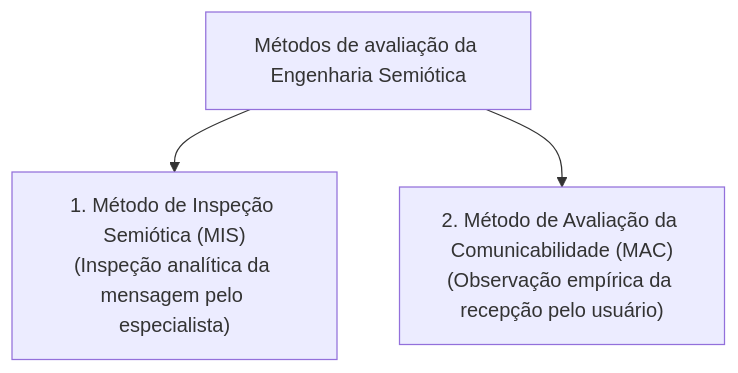
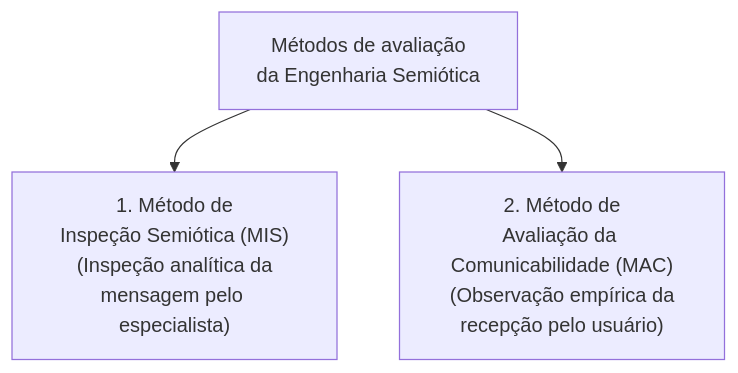
One commit to leorruas/puc changed the first of 3 diagrams in 08. Design de Interacao/21. Avaliação da comunicabilidade - método de inspeção semiótica mis e método de avaliação da comunicabilidade mac.md. Above: the diagram before and after it, drawn with Mermaid. The commit also changed other lines of this file and 16 other files, not shown here.

Commit message:
style(mermaid): comprehensive audit and optimization of 45 Mermaid blocks across all 22 topic notes

````diff
--- a/08. Design de Interacao/21. Avaliação da comunicabilidade - método de inspeção semiótica mis e método de avaliação da comunicabilidade mac.md
+++ b/08. Design de Interacao/21. Avaliação da comunicabilidade - método de inspeção semiótica mis e método de avaliação da comunicabilidade mac.md
@@ -40,5 +40,5 @@
 ```mermaid
 graph TD
-    EngSem["Métodos de avaliação da Engenharia Semiótica"] --> MIS["1. Método de Inspeção Semiótica (MIS)<br>(Inspeção analítica da mensagem pelo especialista)"]
-    EngSem --> MAC["2. Método de Avaliação da Comunicabilidade (MAC)<br>(Observação empírica da recepção pelo usuário)"]
+    EngSem["Métodos de avaliação<br>da Engenharia Semiótica"] --> MIS["1. Método de<br>Inspeção Semiótica (MIS)<br>(Inspeção analítica da<br>mensagem pelo especialista)"]
+    EngSem --> MAC["2. Método de<br>Avaliação da Comunicabilidade (MAC)<br>(Observação empírica da<br>recepção pelo usuário)"]
 ```
````
